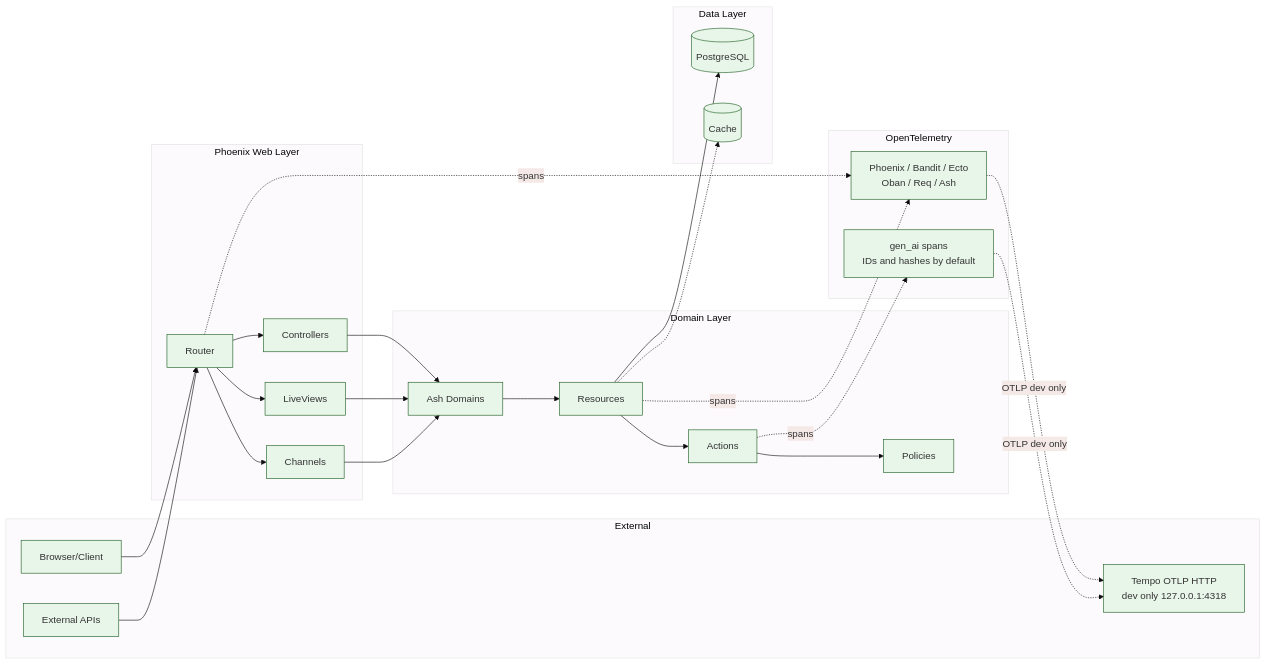
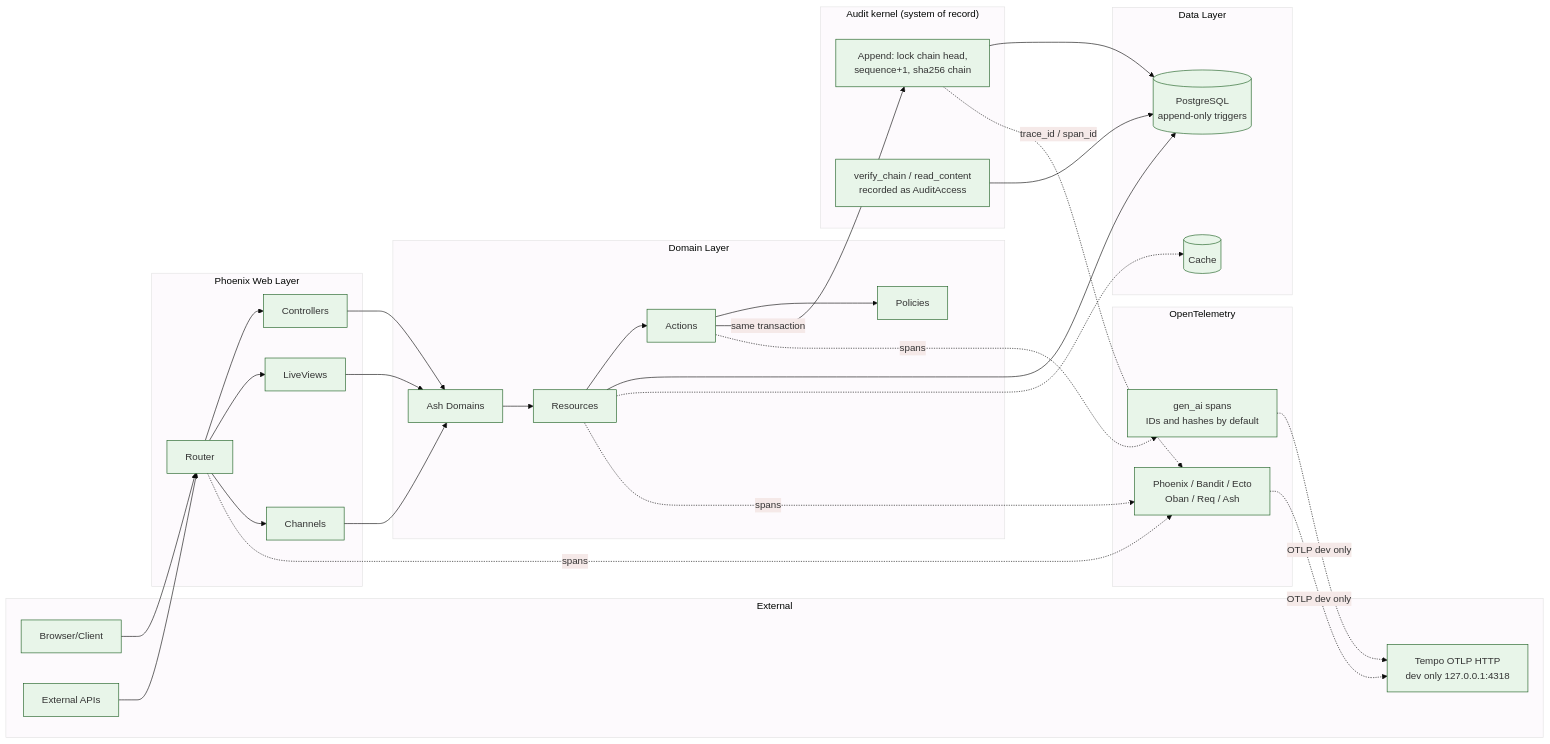
The diagram in docs/architecture/data-flow.mmd (chops/sdr_agent), drawn with Mermaid before and after one commit. The commit also changed 6 other files, not shown here.

Commit message:
S3: update architecture diagrams and record implementation notes

```diff
--- a/docs/architecture/data-flow.mmd
+++ b/docs/architecture/data-flow.mmd
@@ -1,54 +1,63 @@
 %%{init: {'theme': 'base', 'themeVariables': { 'primaryColor': '#e8f5e9', 'primaryBorderColor': '#1b5e20'}}}%%
 flowchart LR
     subgraph External["External"]
         Browser[Browser/Client]
         API[External APIs]
         Tempo[Tempo OTLP HTTP<br/>dev only 127.0.0.1:4318]
     end
 
     subgraph Web["Phoenix Web Layer"]
         Router[Router]
         Controllers[Controllers]
         LiveViews[LiveViews]
         Channels[Channels]
     end
 
     subgraph Domain["Domain Layer"]
         Domains[Ash Domains]
         Resources[Resources]
         Actions[Actions]
         Policies[Policies]
     end
 
+    subgraph AuditKernel["Audit kernel (system of record)"]
+        Append[Append: lock chain head,<br/>sequence+1, sha256 chain]
+        Verify[verify_chain / read_content<br/>recorded as AuditAccess]
+    end
+
     subgraph Data["Data Layer"]
-        Postgres[(PostgreSQL)]
+        Postgres[(PostgreSQL<br/>append-only triggers)]
         Cache[(Cache)]
     end
 
     subgraph Observability["OpenTelemetry"]
         Instrumentation[Phoenix / Bandit / Ecto<br/>Oban / Req / Ash]
         GenAI[gen_ai spans<br/>IDs and hashes by default]
     end
 
     Browser --> Router
     API --> Router
     Router --> Controllers
     Router --> LiveViews
     Router --> Channels
     Controllers --> Domains
     LiveViews --> Domains
     Channels --> Domains
     Domains --> Resources
     Resources --> Actions
     Actions --> Policies
     Resources --> Postgres
+    Actions -- same transaction --> Append
+    Append --> Postgres
+    Verify --> Postgres
+    Append -. trace_id / span_id .-> Instrumentation
     Resources -.-> Cache
     Router -. spans .-> Instrumentation
     Resources -. spans .-> Instrumentation
     Actions -. spans .-> GenAI
     Instrumentation -. OTLP dev only .-> Tempo
     GenAI -. OTLP dev only .-> Tempo
 
     %% Project shape: single
     %% Detected data layers:
     %% - AshPostgres (PostgreSQL)
```
